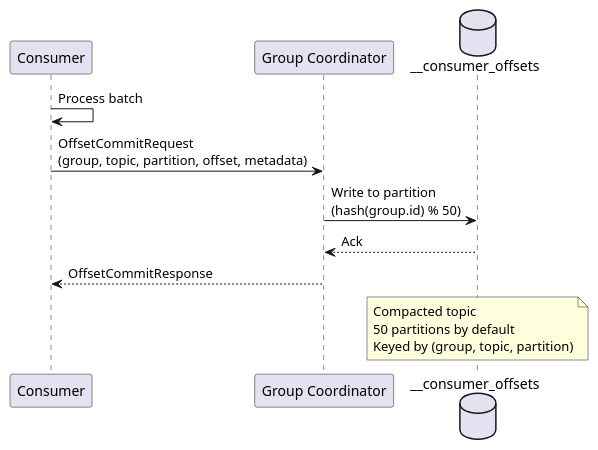
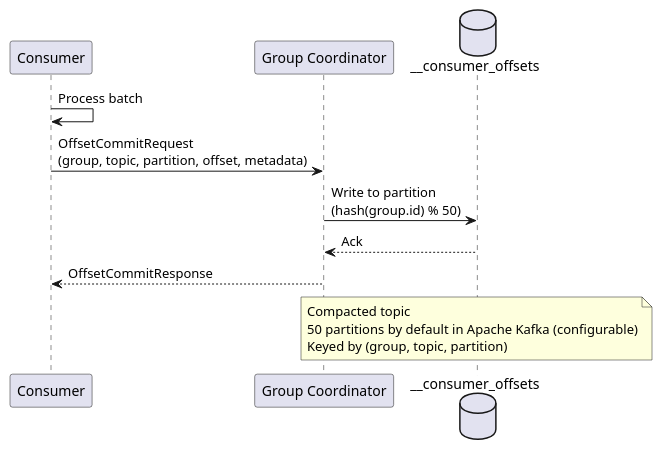
The third of 6 diagrams in docs/data-platforms/kafka/application-development/consumers/index.md (axonops/documentation), drawn with PlantUML before and after one commit. The commit also changed other lines of this file and 14 other files, not shown here.

````diff
--- a/docs/data-platforms/kafka/application-development/consumers/index.md
+++ b/docs/data-platforms/kafka/application-development/consumers/index.md
@@ -198,23 +198,23 @@
 ```plantuml
 @startuml
 
 skinparam backgroundColor transparent
 
 participant "Consumer" as Consumer
 participant "Group Coordinator" as Coordinator
 database "__consumer_offsets" as Offsets
 
 Consumer -> Consumer : Process batch
 Consumer -> Coordinator : OffsetCommitRequest\n(group, topic, partition, offset, metadata)
 Coordinator -> Offsets : Write to partition\n(hash(group.id) % 50)
 Offsets --> Coordinator : Ack
 Coordinator --> Consumer : OffsetCommitResponse
 
 note over Offsets
   Compacted topic
-  50 partitions by default
+  50 partitions by default in Apache Kafka (configurable)
   Keyed by (group, topic, partition)
 end note
 
 @enduml
 ```
````
